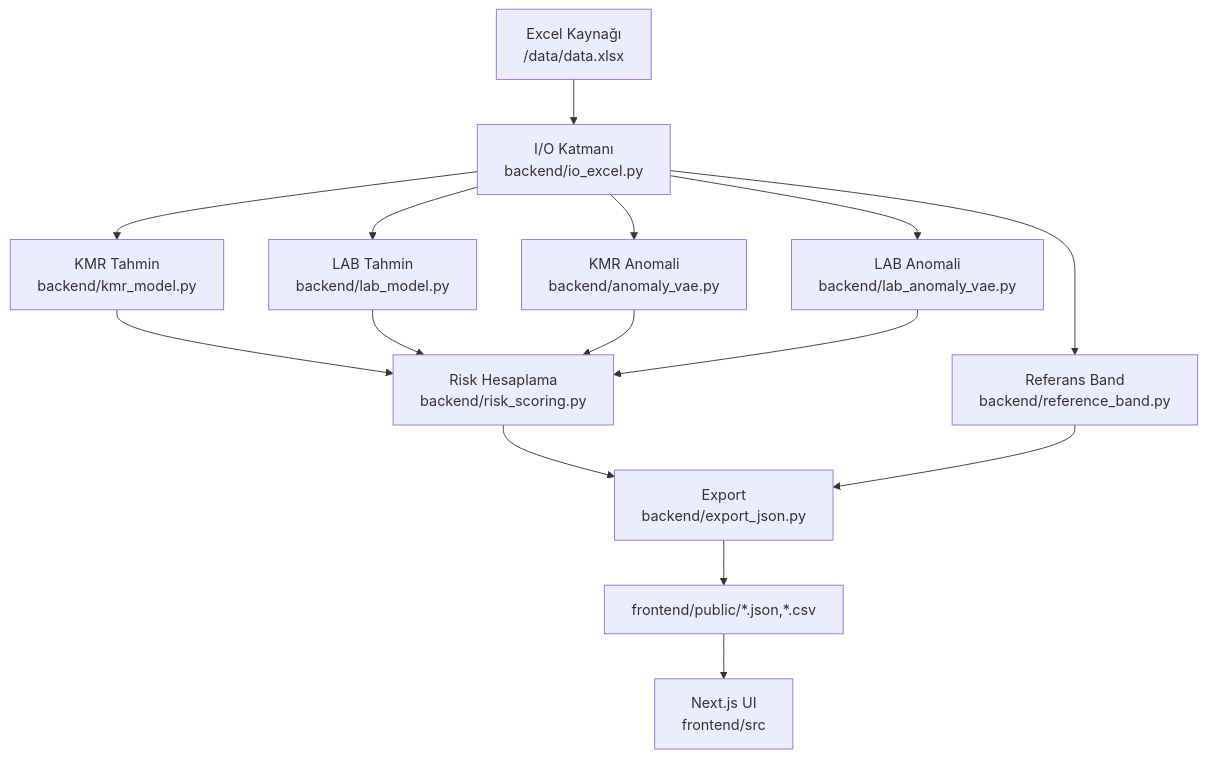
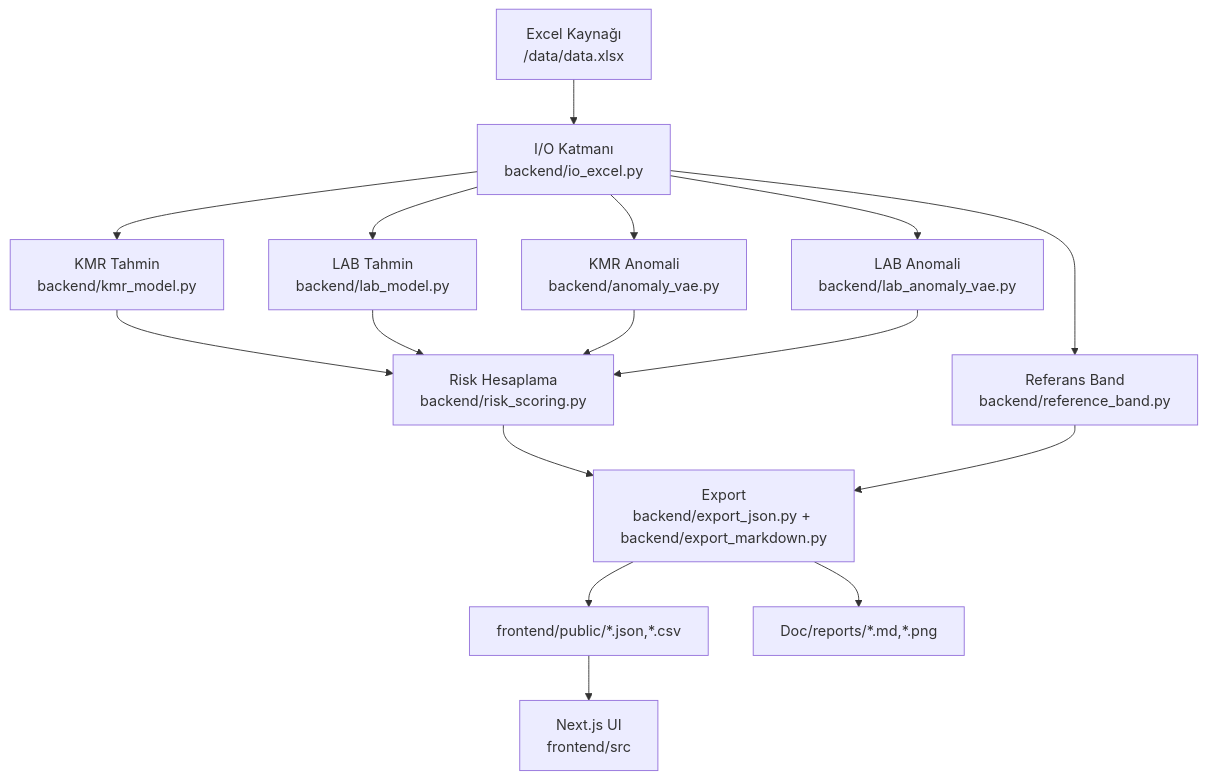
Before and after one commit to Atakan-Emre/KMRProject: the first of 5 diagrams in README.md, drawn with Mermaid. The commit also changed other lines of this file, not shown here.

Commit message:
feat: enhance README with visual previews, quick access links, and backend module mapping

````diff
--- a/README.md
+++ b/README.md
@@ -46,17 +75,18 @@
 ```mermaid
 flowchart TD
     A["Excel Kaynağı\n/data/data.xlsx"] --> B["I/O Katmanı\nbackend/io_excel.py"]
     B --> C["KMR Tahmin\nbackend/kmr_model.py"]
     B --> D["LAB Tahmin\nbackend/lab_model.py"]
     B --> E["KMR Anomali\nbackend/anomaly_vae.py"]
     B --> F["LAB Anomali\nbackend/lab_anomaly_vae.py"]
     C --> G["Risk Hesaplama\nbackend/risk_scoring.py"]
     D --> G
     E --> G
     F --> G
     B --> H["Referans Band\nbackend/reference_band.py"]
-    G --> I["Export\nbackend/export_json.py"]
+    G --> I["Export\nbackend/export_json.py + backend/export_markdown.py"]
     H --> I
     I --> J["frontend/public/*.json,*.csv"]
+    I --> L["Doc/reports/*.md,*.png"]
     J --> K["Next.js UI\nfrontend/src"]
 ```
````
